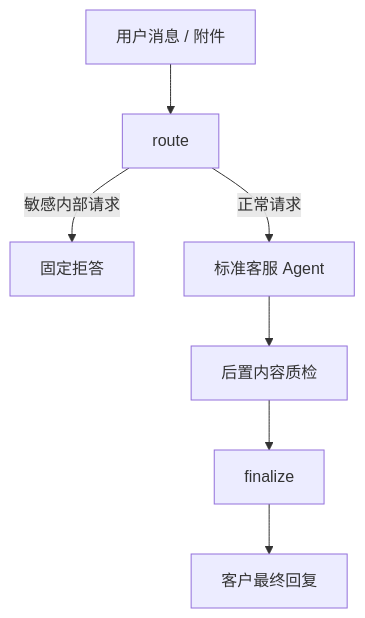
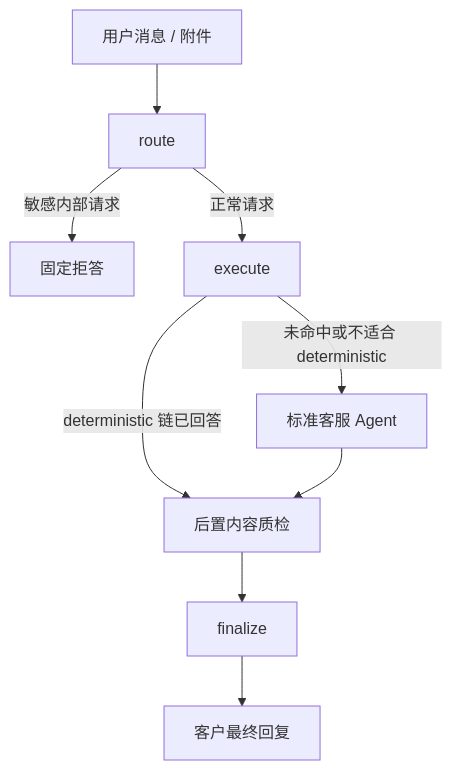
The third of 5 diagrams in docs/AGENT_TECHNICAL_DOCUMENTATION.md (lr12338/hifleet-agent), drawn with Mermaid before and after one commit. The commit also changed other lines of this file and 12 other files, not shown here.

````diff
--- a/docs/AGENT_TECHNICAL_DOCUMENTATION.md
+++ b/docs/AGENT_TECHNICAL_DOCUMENTATION.md
@@ -79,9 +80,11 @@
 ```mermaid
 flowchart TD
     Msg[用户消息 / 附件] --> RouteNode[route]
     RouteNode -->|敏感内部请求| Refuse[固定拒答]
-    RouteNode -->|正常请求| Delegate[标准客服 Agent]
-    Delegate --> Check[后置内容质检]
+    RouteNode -->|正常请求| Execute[execute]
+    Execute -->|deterministic 链已回答| Check[后置内容质检]
+    Execute -->|未命中或不适合 deterministic| Delegate[标准客服 Agent]
+    Delegate --> Check
     Check --> Finalize[finalize]
     Finalize --> Reply[客户最终回复]
 ```
````
